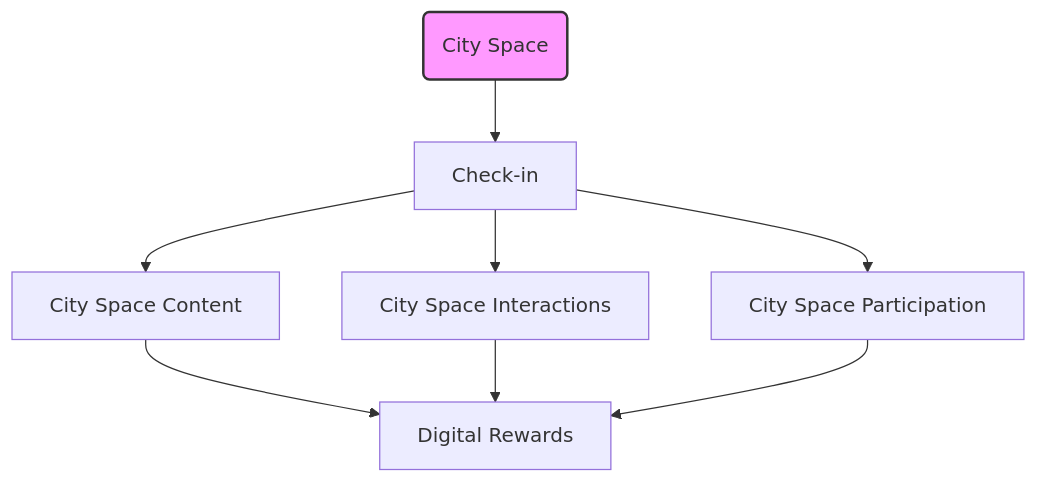
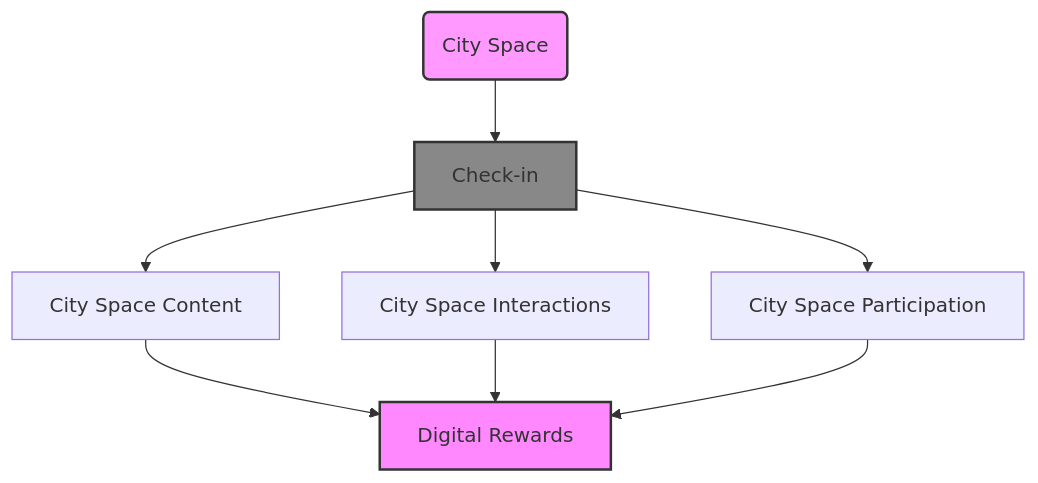
One commit to cityos-work/cityos-dev changed the diagram in pages/elements/city-spaces.md. Above: the diagram before and after it, drawn with Mermaid.

````diff
--- a/pages/elements/city-spaces.md
+++ b/pages/elements/city-spaces.md
@@ -16,11 +16,13 @@
 ```mermaid
 graph TD;
     CS("City Space")-->CI["Check-in"];
     CI-->CSC["City Space Content"];
     CI-->CSI["City Space Interactions"];
     CI-->CSP["City Space Participation"];
     CSC-->DR["Digital Rewards"];
     CSI-->DR;
     CSP-->DR;
     style CS fill:#f9f,stroke:#333,stroke-width:2px
+    style CI fill:#888,stroke:#333,stroke-width:2px
+    style DR fill:#f8f,stroke:#333,stroke-width:2px
 ```
````
